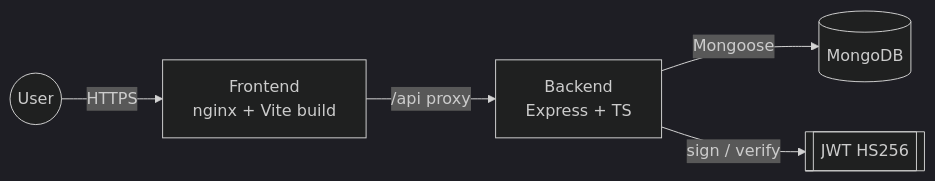
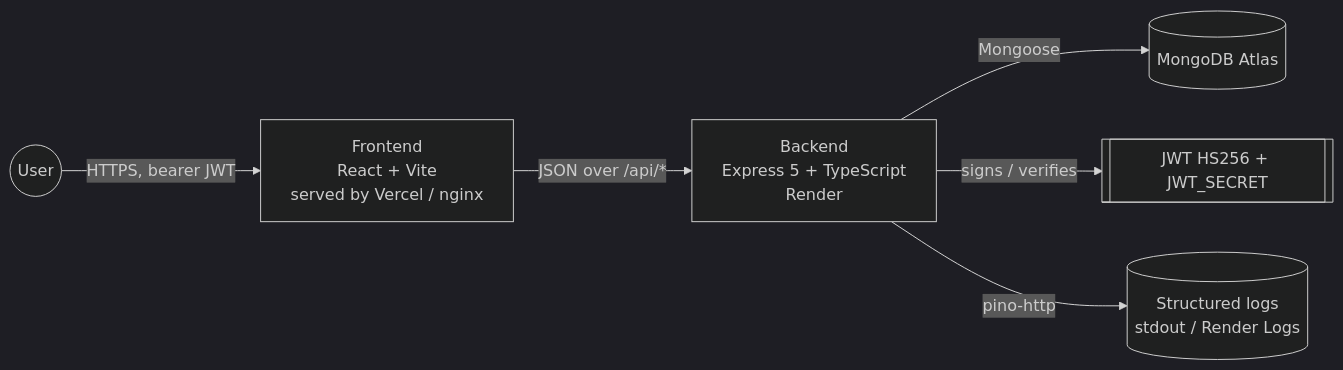
The diagram in README.md (aaditya09750/Leadsrack), drawn with Mermaid (dark theme) before and after one commit. The commit also changed other lines of this file and 5 other files, not shown here.

````diff
--- a/README.md
+++ b/README.md
@@ -37,8 +107,9 @@
 ```mermaid
 flowchart LR
   user((User))
-  user -->|HTTPS| web[Frontend<br/>nginx + Vite build]
-  web -->|/api proxy| api[Backend<br/>Express + TS]
-  api -->|Mongoose| db[(MongoDB)]
-  api -->|sign / verify| jwt[[JWT HS256]]
+  user -->|HTTPS, bearer JWT| web[Frontend<br/>React + Vite<br/>served by Vercel / nginx]
+  web -->|JSON over /api/*| api[Backend<br/>Express 5 + TypeScript<br/>Render]
+  api -->|Mongoose| db[(MongoDB Atlas)]
+  api -->|signs / verifies| jwt[[JWT HS256 + JWT_SECRET]]
+  api -->|pino-http| logs[(Structured logs<br/>stdout / Render Logs)]
 ```
````
